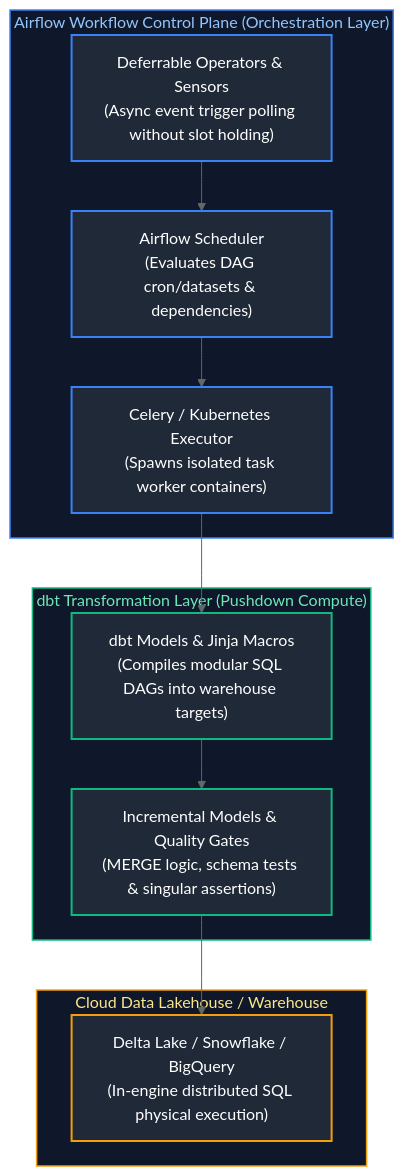
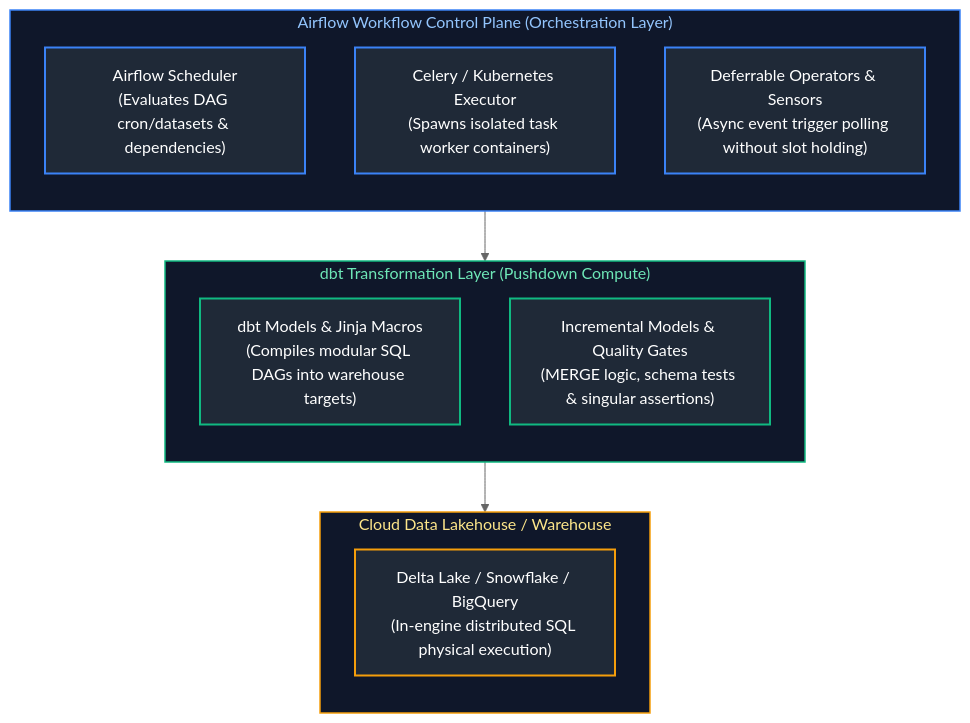
The first of 13 diagrams in Data Engineering/12_orchestration_airflow_and_dbt.md (joydeep-biswas/Interview-Preparation), drawn with Mermaid (neutral theme) before and after one commit. The commit also changed other lines of this file and 143 other files, not shown here.

````diff
--- a/Data Engineering/12_orchestration_airflow_and_dbt.md
+++ b/Data Engineering/12_orchestration_airflow_and_dbt.md
@@ -9,31 +9,31 @@
 ```mermaid
 flowchart TD
     subgraph AirflowControlPlane ["Airflow Workflow Control Plane (Orchestration Layer)"]
+        direction TD
         Scheduler["Airflow Scheduler<br/>(Evaluates DAG cron/datasets & dependencies)"]
         Executor["Celery / Kubernetes Executor<br/>(Spawns isolated task worker containers)"]
         Sensors["Deferrable Operators & Sensors<br/>(Async event trigger polling without slot holding)"]
     end
     subgraph ComputeEngine ["dbt Transformation Layer (Pushdown Compute)"]
+        direction TD
         dbtModels["dbt Models & Jinja Macros<br/>(Compiles modular SQL DAGs into warehouse targets)"]
         Incremental["Incremental Models & Quality Gates<br/>(MERGE logic, schema tests & singular assertions)"]
     end
     subgraph WarehouseSink ["Cloud Data Lakehouse / Warehouse"]
+        direction TD
         Lakehouse["Delta Lake / Snowflake / BigQuery<br/>(In-engine distributed SQL physical execution)"]
     end
 
-    Scheduler --> Executor
-    Executor --> dbtModels
-    Sensors --> Scheduler
-    dbtModels --> Incremental
-    Incremental --> Lakehouse
+    AirflowControlPlane --> ComputeEngine
+    ComputeEngine --> WarehouseSink
 
     style AirflowControlPlane fill:#0f172a,stroke:#3b82f6,stroke-width:1.5px,color:#93c5fd
     style ComputeEngine fill:#0f172a,stroke:#10b981,stroke-width:1.5px,color:#6ee7b7
     style WarehouseSink fill:#0f172a,stroke:#f59e0b,stroke-width:1.5px,color:#fde68a
     style Scheduler fill:#1f2937,stroke:#3b82f6,stroke-width:2px,color:#fff
     style Executor fill:#1f2937,stroke:#3b82f6,stroke-width:2px,color:#fff
     style Sensors fill:#1f2937,stroke:#3b82f6,stroke-width:2px,color:#fff
     style dbtModels fill:#1f2937,stroke:#10b981,stroke-width:2px,color:#fff
     style Incremental fill:#1f2937,stroke:#10b981,stroke-width:2px,color:#fff
     style Lakehouse fill:#1f2937,stroke:#f59e0b,stroke-width:2px,color:#fff
 ```
````
